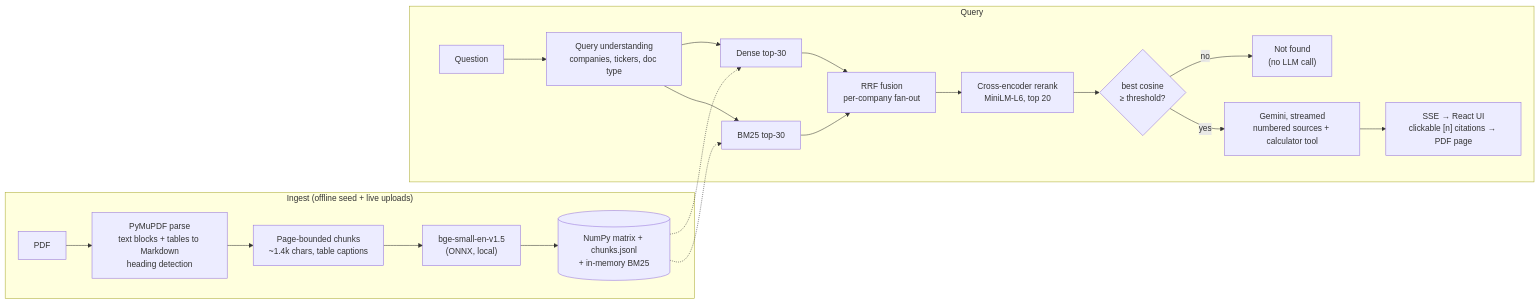
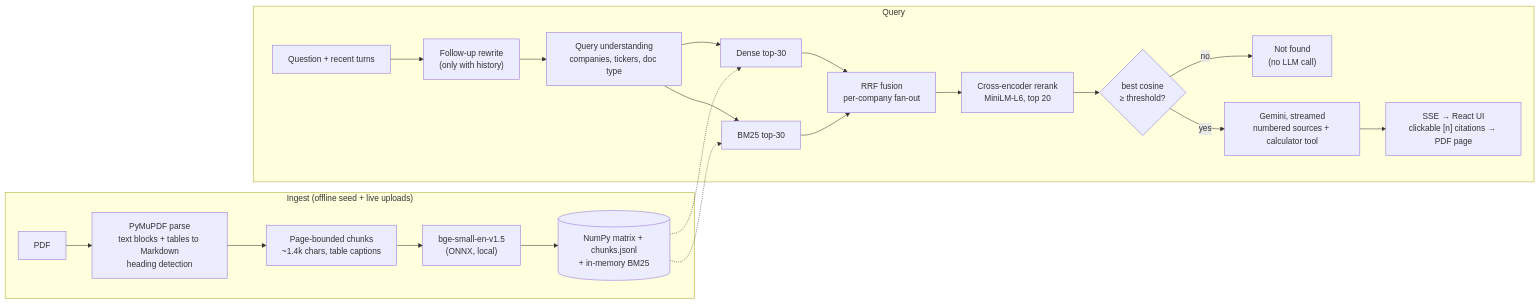
The diagram in README.md (rahuldabola/finsight-rag), drawn with Mermaid before and after one commit. The commit also changed other lines of this file and 4 other files, not shown here.

````diff
--- a/README.md
+++ b/README.md
@@ -60,20 +83,21 @@
 ```mermaid
 flowchart LR
     subgraph Ingest["Ingest (offline seed + live uploads)"]
         PDF[PDF] --> Parse["PyMuPDF parse<br/>text blocks + tables to Markdown<br/>heading detection"]
         Parse --> Chunk["Page-bounded chunks<br/>~1.4k chars, table captions"]
         Chunk --> Emb["bge-small-en-v1.5<br/>(ONNX, local)"]
         Emb --> Store[("NumPy matrix + chunks.jsonl<br/>+ in-memory BM25")]
     end
     subgraph Query
-        Q[Question] --> QU["Query understanding<br/>companies, tickers, doc type"]
+        Q[Question + recent turns] --> RW["Follow-up rewrite<br/>(only with history)"]
+        RW --> QU["Query understanding<br/>companies, tickers, doc type"]
         QU --> Dense[Dense top-30] & BM25[BM25 top-30]
         Store -.-> Dense & BM25
         Dense & BM25 --> RRF["RRF fusion<br/>per-company fan-out"]
         RRF --> RR["Cross-encoder rerank<br/>MiniLM-L6, top 20"]
         RR --> Gate{"best cosine<br/>≥ threshold?"}
         Gate -- no --> NF["Not found<br/>(no LLM call)"]
         Gate -- yes --> LLM["Gemini, streamed<br/>numbered sources + calculator tool"]
         LLM --> UI["SSE → React UI<br/>clickable [n] citations → PDF page"]
     end
 ```
````
